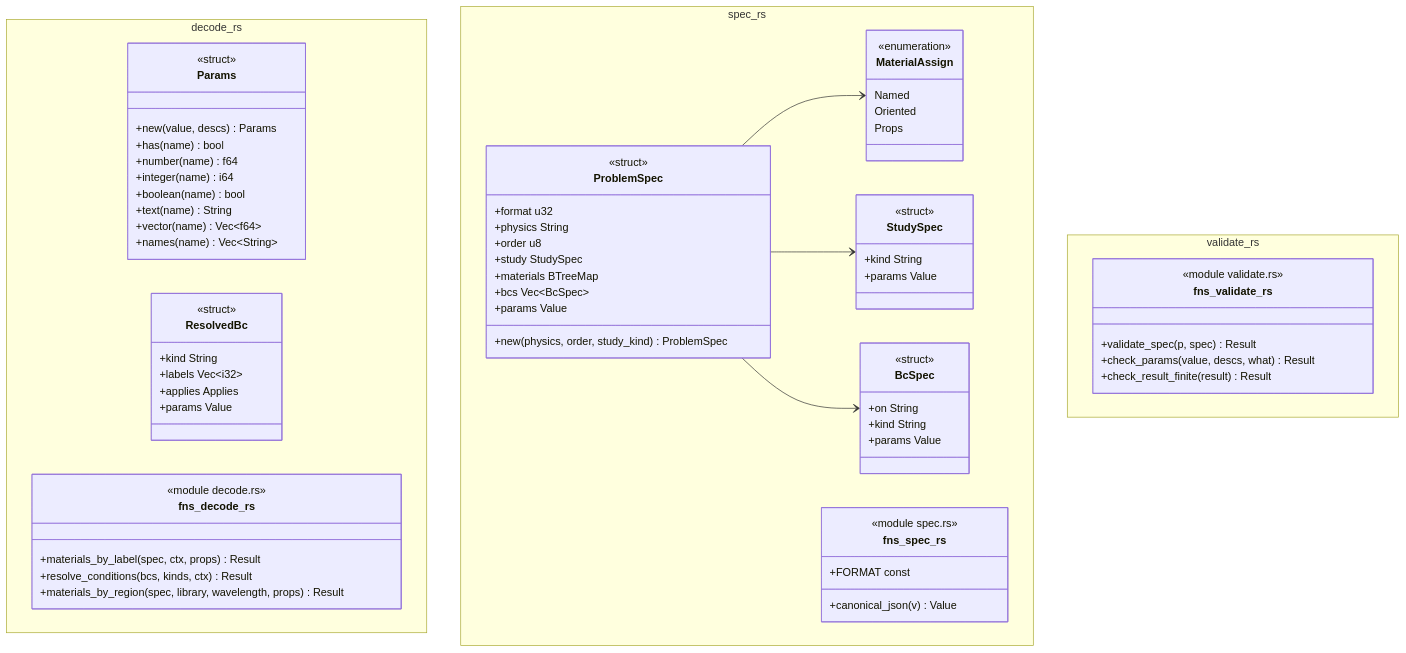
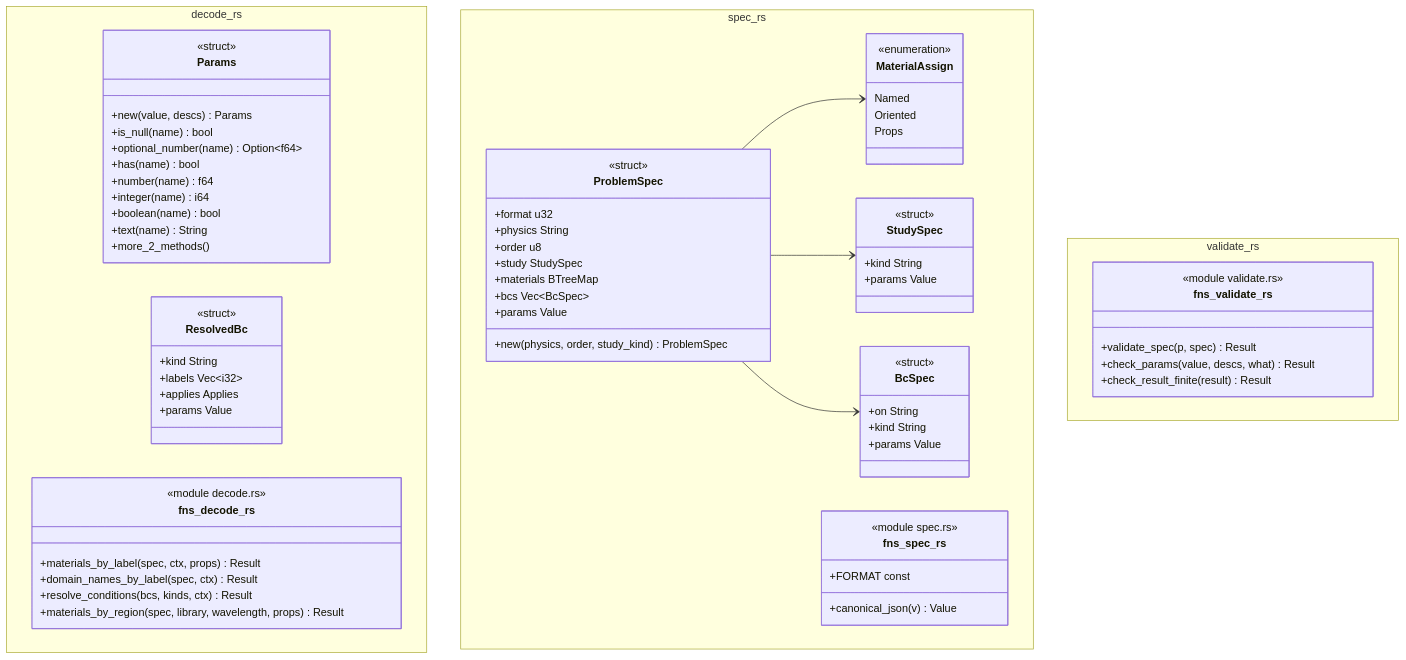
One commit to p-j-r/nyx changed the diagram in docs/architecture/c4/4-code/physics/envelope.md. Above: the diagram before and after it, drawn with Mermaid. The commit also changed other lines of this file and 208 other files, not shown here.

````diff
--- a/docs/architecture/c4/4-code/physics/envelope.md
+++ b/docs/architecture/c4/4-code/physics/envelope.md
@@ -50,75 +50,77 @@
 ```mermaid
 classDiagram
   namespace decode_rs {
     class Params {
         <<struct>>
         +new(value, descs) Params
+        +is_null(name) bool
+        +optional_number(name) Option~f64~
         +has(name) bool
         +number(name) f64
         +integer(name) i64
         +boolean(name) bool
         +text(name) String
-        +vector(name) Vec~f64~
-        +names(name) Vec~String~
+        +more_2_methods()
     }
     class ResolvedBc {
         <<struct>>
         +kind String
         +labels Vec~i32~
         +applies Applies
         +params Value
     }
     class fns_decode_rs {
         <<module decode.rs>>
         +materials_by_label(spec, ctx, props) Result
+        +domain_names_by_label(spec, ctx) Result
         +resolve_conditions(bcs, kinds, ctx) Result
         +materials_by_region(spec, library, wavelength, props) Result
     }
   }
   namespace spec_rs {
     class MaterialAssign {
         <<enumeration>>
         Named
         Oriented
         Props
     }
     class StudySpec {
         <<struct>>
         +kind String
         +params Value
     }
     class BcSpec {
         <<struct>>
         +on String
         +kind String
         +params Value
     }
     class ProblemSpec {
         <<struct>>
         +format u32
         +physics String
         +order u8
         +study StudySpec
         +materials BTreeMap
         +bcs Vec~BcSpec~
         +params Value
         +new(physics, order, study_kind) ProblemSpec
     }
     class fns_spec_rs {
         <<module spec.rs>>
         +canonical_json(v) Value
         +FORMAT const
     }
   }
   namespace validate_rs {
     class fns_validate_rs {
         <<module validate.rs>>
         +validate_spec(p, spec) Result
         +check_params(value, descs, what) Result
         +check_result_finite(result) Result
     }
   }
   ProblemSpec --> StudySpec
   ProblemSpec --> MaterialAssign
   ProblemSpec --> BcSpec
 ```
````
